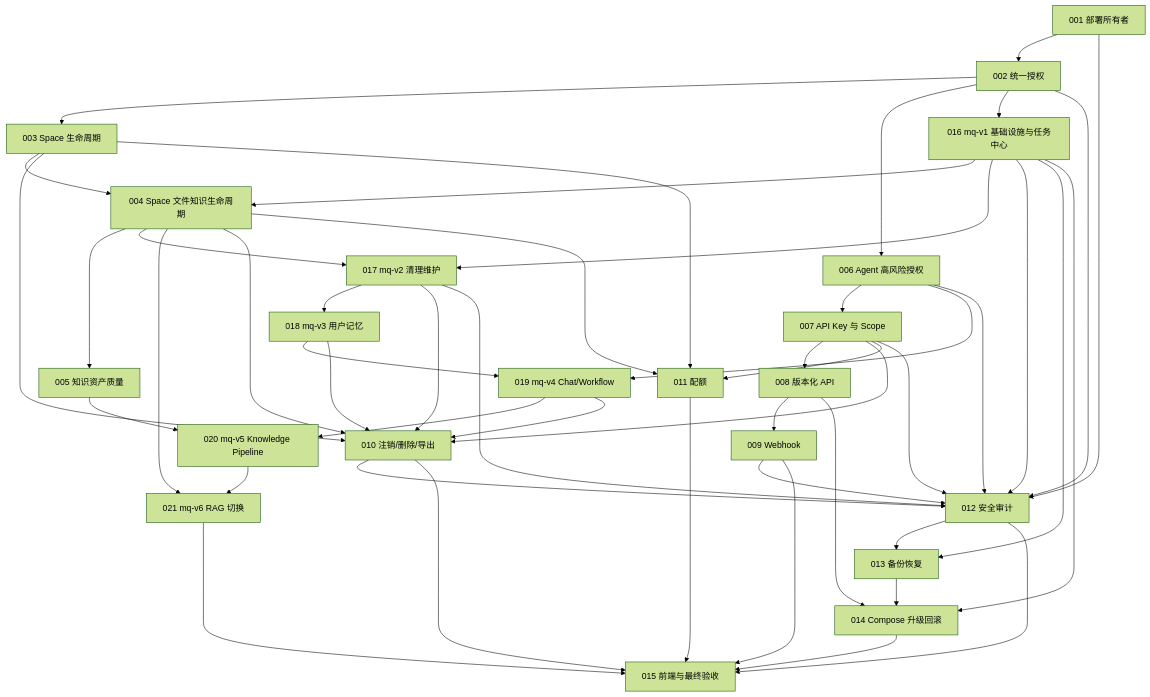
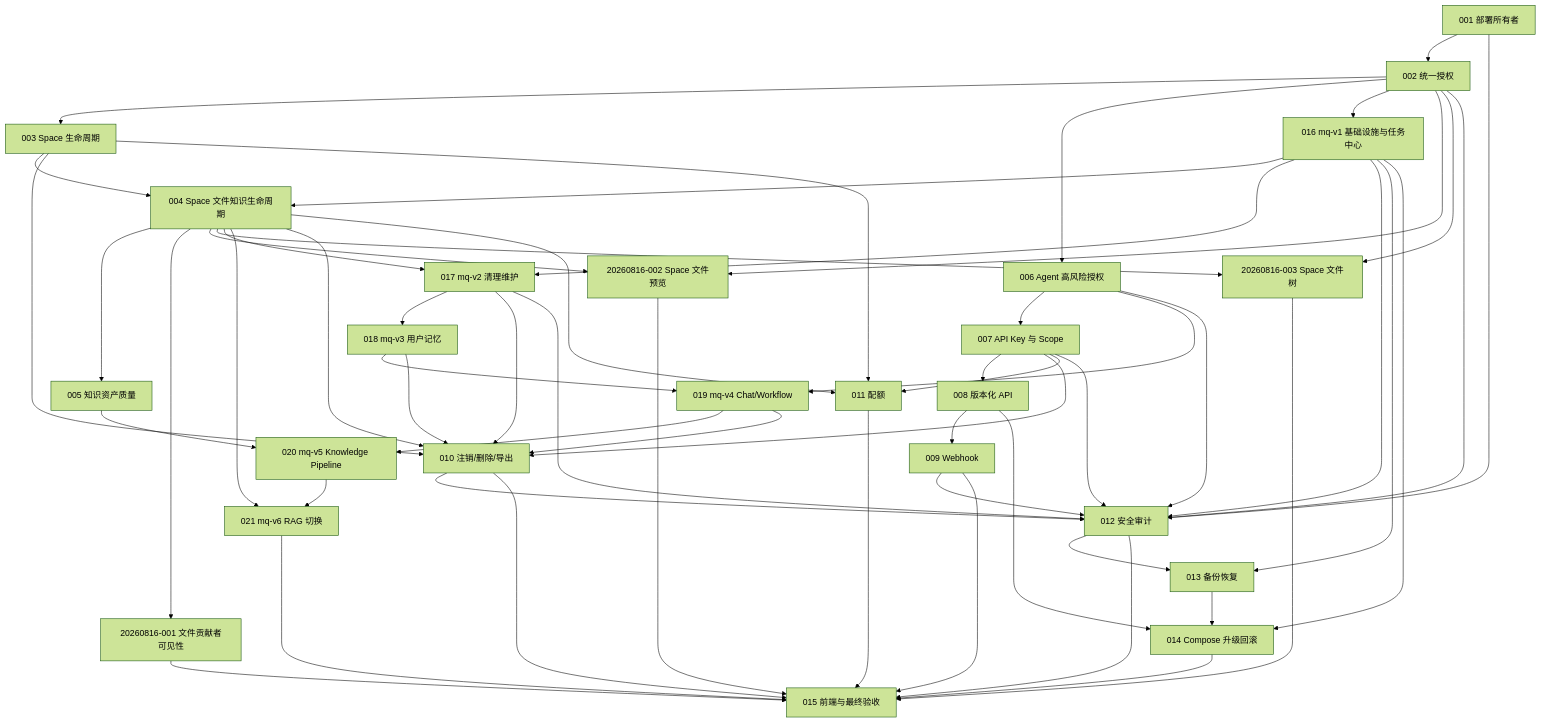
One commit to YLorb/YLcloud changed the diagram in .plans/implement-unified-knowledge-platform.todo.md. Above: the diagram before and after it, drawn with Mermaid (forest theme). The commit also changed other lines of this file and 12 other files, not shown here.

````diff
--- a/.plans/implement-unified-knowledge-platform.todo.md
+++ b/.plans/implement-unified-knowledge-platform.todo.md
@@ -115,56 +126,64 @@
 ```mermaid
 flowchart TD
   T001["001 部署所有者"] --> T002["002 统一授权"]
   T002 --> T003["003 Space 生命周期"]
   T002 --> T006["006 Agent 高风险授权"]
   T006 --> T007["007 API Key 与 Scope"]
   T007 --> T008["008 版本化 API"]
   T008 --> T009["009 Webhook"]
 
   T002 --> T016["016 mq-v1 基础设施与任务中心"]
   T003 --> T004["004 Space 文件知识生命周期"]
   T016 --> T004
   T004 --> T005["005 知识资产质量"]
+  T004 --> T161["20260816-001 文件贡献者可见性"]
+  T002 --> T162["20260816-002 Space 文件预览"]
+  T004 --> T162
+  T002 --> T163["20260816-003 Space 文件树"]
+  T004 --> T163
   T004 --> T017["017 mq-v2 清理维护"]
   T016 --> T017
   T017 --> T018["018 mq-v3 用户记忆"]
   T018 --> T019["019 mq-v4 Chat/Workflow"]
   T006 --> T019
   T019 --> T020["020 mq-v5 Knowledge Pipeline"]
   T005 --> T020
   T020 --> T021["021 mq-v6 RAG 切换"]
   T004 --> T021
 
   T007 --> T010["010 注销/删除/导出"]
   T003 --> T010
   T004 --> T010
   T017 --> T010
   T018 --> T010
   T019 --> T010
 
   T003 --> T011["011 配额"]
   T004 --> T011
   T007 --> T011
 
   T001 --> T012["012 安全审计"]
   T002 --> T012
   T006 --> T012
   T007 --> T012
   T009 --> T012
   T010 --> T012
   T016 --> T012
   T017 --> T012
 
   T012 --> T013["013 备份恢复"]
   T016 --> T013
   T008 --> T014["014 Compose 升级回滚"]
   T013 --> T014
   T016 --> T014
 
   T014 --> T015["015 前端与最终验收"]
   T021 --> T015
+  T161 --> T015
+  T162 --> T015
+  T163 --> T015
   T009 --> T015
   T010 --> T015
   T011 --> T015
   T012 --> T015
 ```
````
